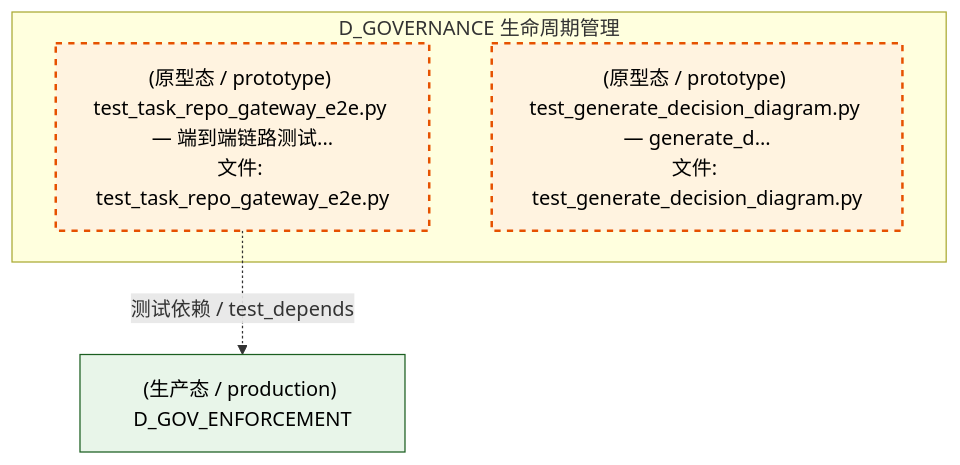
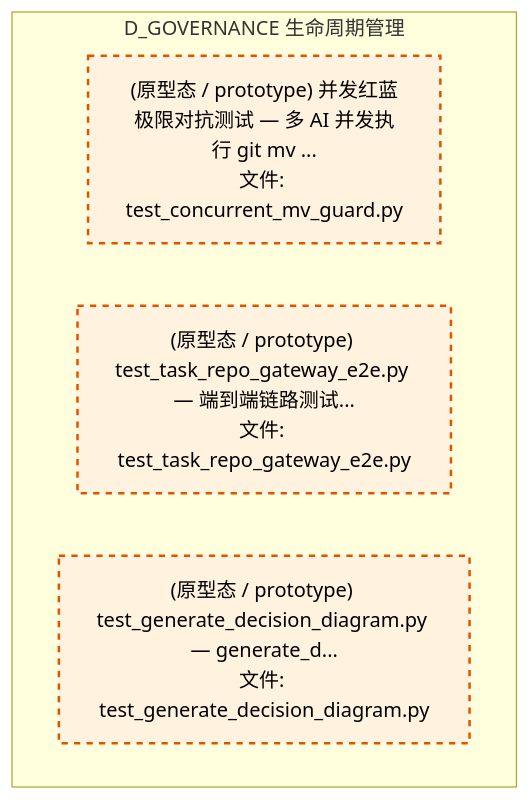
Before and after one commit to xuanFelixVan/ZephyrAlpha: the eighth of 12 diagrams in docs/02_enterprise_architecture/02_domain_architecture_docs/38_d_governance.md, drawn with Mermaid. The commit also changed other lines of this file and 111 other files, not shown here.

First line of the commit message:
chore(docs): auto-regenerate domain docs by GitCommitGateway post-commit

````diff
--- a/docs/02_enterprise_architecture/02_domain_architecture_docs/38_d_governance.md
+++ b/docs/02_enterprise_architecture/02_domain_architecture_docs/38_d_governance.md
@@ -920,15 +721,13 @@
 ```mermaid
 graph TD
     subgraph D_GOVERNANCE["D_GOVERNANCE 生命周期管理"]
+        tests_rollback_test_concurrent_mv_guard_py["(原型态 / prototype) 并发红蓝极限对抗测试 — 多 AI 并发执行 git mv ...<br/>文件: test_concurrent_mv_guard.py"]
         tests_task_test_task_repo_gateway_e2e_py["(原型态 / prototype) test_task_repo_gateway_e2e.py — 端到端链路测试...<br/>文件: test_task_repo_gateway_e2e.py"]
         tests_test_generate_decision_diagram_py["(原型态 / prototype) test_generate_decision_diagram.py — generate_d...<br/>文件: test_generate_decision_diagram.py"]
     end
-    D_GOV_ENFORCEMENT["(生产态 / production) D_GOV_ENFORCEMENT"]
-    tests_task_test_task_repo_gateway_e2e_py -.->|测试依赖 / test_depends| D_GOV_ENFORCEMENT
     classDef production fill:#e1f5fe,stroke:#01579b,stroke-width:2px,color:#000
     classDef design fill:#fff3e0,stroke:#e65100,stroke-width:2px,color:#000,stroke-dasharray: 5 5
     classDef external_prod fill:#e8f5e9,stroke:#1b5e20,stroke-width:1px,color:#000
     classDef external_design fill:#fce4ec,stroke:#880e4f,stroke-width:1px,color:#000,stroke-dasharray: 5 5
-    class tests_task_test_task_repo_gateway_e2e_py,tests_test_generate_decision_diagram_py design
-    class D_GOV_ENFORCEMENT external_prod
+    class tests_rollback_test_concurrent_mv_guard_py,tests_task_test_task_repo_gateway_e2e_py,tests_test_generate_decision_diagram_py design
 ```
````
